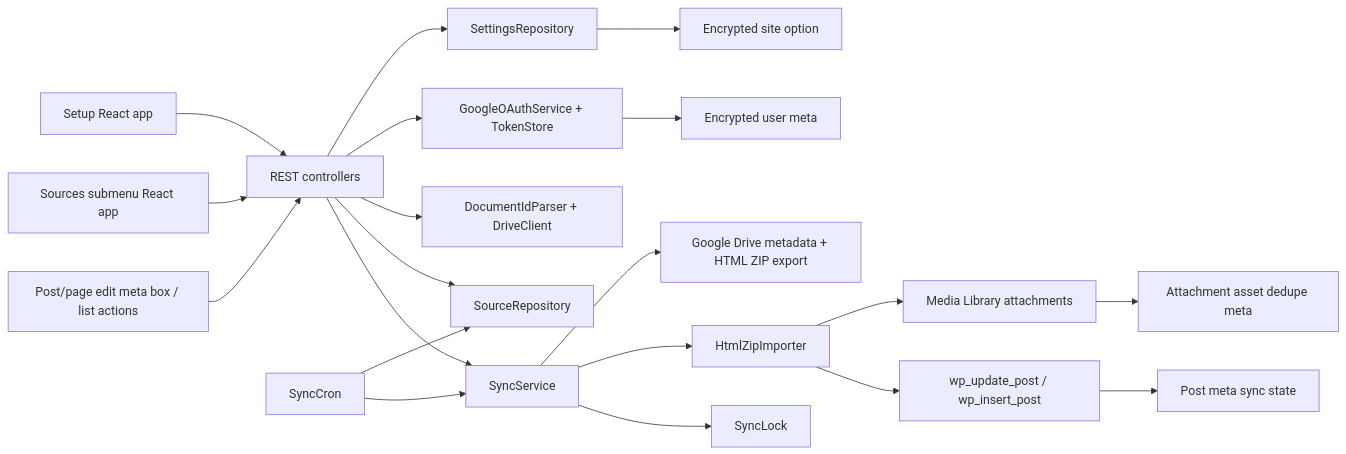
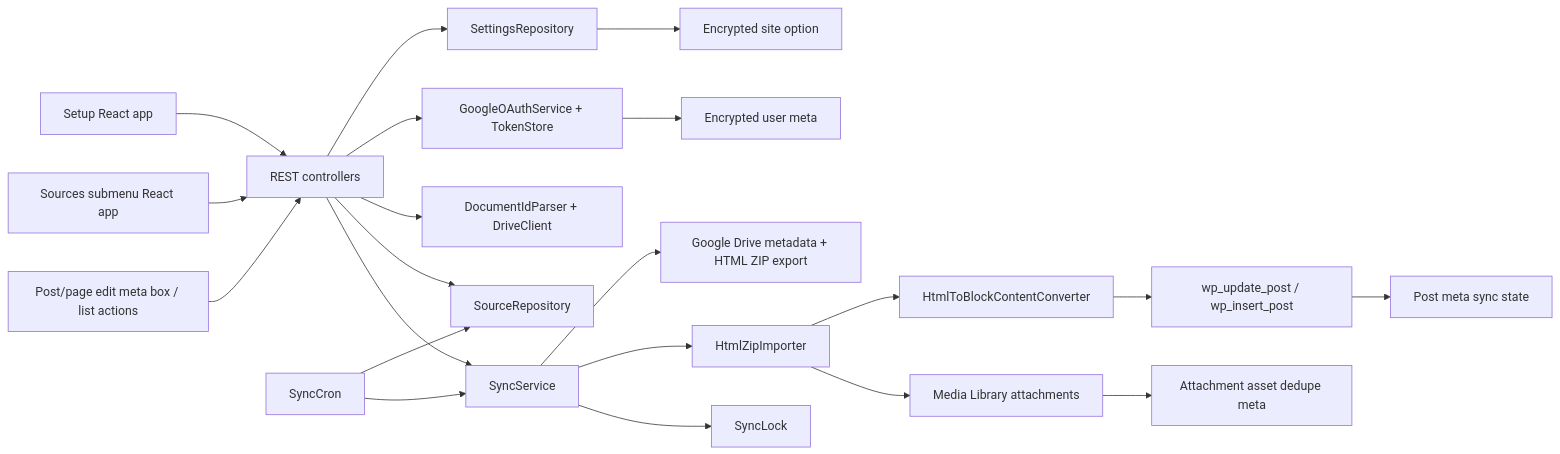
Before and after one commit to Brasth/DocSync-WP: the diagram in docs/system-architecture.md, drawn with Mermaid. The commit also changed other lines of this file and 14 other files, not shown here.

````diff
--- a/docs/system-architecture.md
+++ b/docs/system-architecture.md
@@ -18,22 +18,23 @@
 ```mermaid
 flowchart LR
   SetupApp["Setup React app"] --> REST["REST controllers"]
   SourcesApp["Sources submenu React app"] --> REST
   TargetUI["Post/page edit meta box / list actions"] --> REST
   REST --> Settings["SettingsRepository"]
   REST --> OAuth["GoogleOAuthService + TokenStore"]
   REST --> Docs["DocumentIdParser + DriveClient"]
   REST --> Sources["SourceRepository"]
   REST --> Sync["SyncService"]
   Sync --> Drive["Google Drive metadata + HTML ZIP export"]
   Sync --> Import["HtmlZipImporter"]
+  Import --> Blocks["HtmlToBlockContentConverter"]
   Sync --> Lock["SyncLock"]
   Import --> Media["Media Library attachments"]
-  Import --> WP["wp_update_post / wp_insert_post"]
+  Blocks --> WP["wp_update_post / wp_insert_post"]
   WP --> Meta["Post meta sync state"]
   Media --> AttachmentMeta["Attachment asset dedupe meta"]
   OAuth --> Tokens["Encrypted user meta"]
   Settings --> Opts["Encrypted site option"]
   Cron["SyncCron"] --> Sources
   Cron --> Sync
 ```
````
